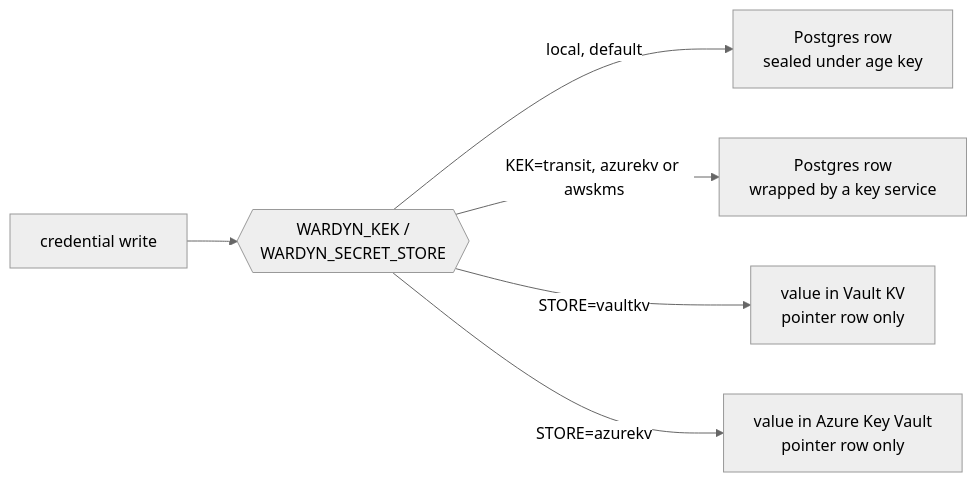
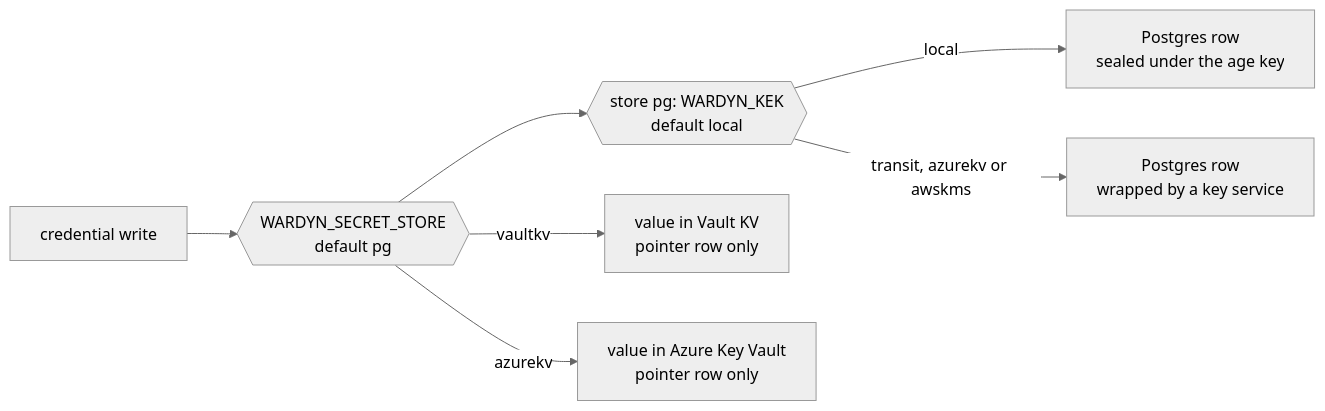
Before and after one commit to cjohnstoniv/wardyn: the diagram in docs/operations/secrets-and-keys.md, drawn with Mermaid (neutral theme). The commit also changed other lines of this file and 9 other files, not shown here.

````diff
--- a/docs/operations/secrets-and-keys.md
+++ b/docs/operations/secrets-and-keys.md
@@ -7,8 +7,9 @@
 ```mermaid
 flowchart LR
-    write["credential write"] --> kek{{"WARDYN_KEK /<br/>WARDYN_SECRET_STORE"}}
-    kek -->|local, default| local["Postgres row<br/>sealed under age key"]
-    kek -->|"KEK=transit, azurekv or awskms"| transit["Postgres row<br/>wrapped by a key service"]
-    kek -->|STORE=vaultkv| vault["value in Vault KV<br/>pointer row only"]
-    kek -->|STORE=azurekv| azure["value in Azure Key Vault<br/>pointer row only"]
+    write["credential write"] --> store{{"WARDYN_SECRET_STORE<br/>default pg"}}
+    store --> kek{{"store pg: WARDYN_KEK<br/>default local"}}
+    store -->|vaultkv| vault["value in Vault KV<br/>pointer row only"]
+    store -->|azurekv| azure["value in Azure Key Vault<br/>pointer row only"]
+    kek -->|local| local["Postgres row<br/>sealed under the age key"]
+    kek -->|"transit, azurekv or awskms"| transit["Postgres row<br/>wrapped by a key service"]
 ```
````
